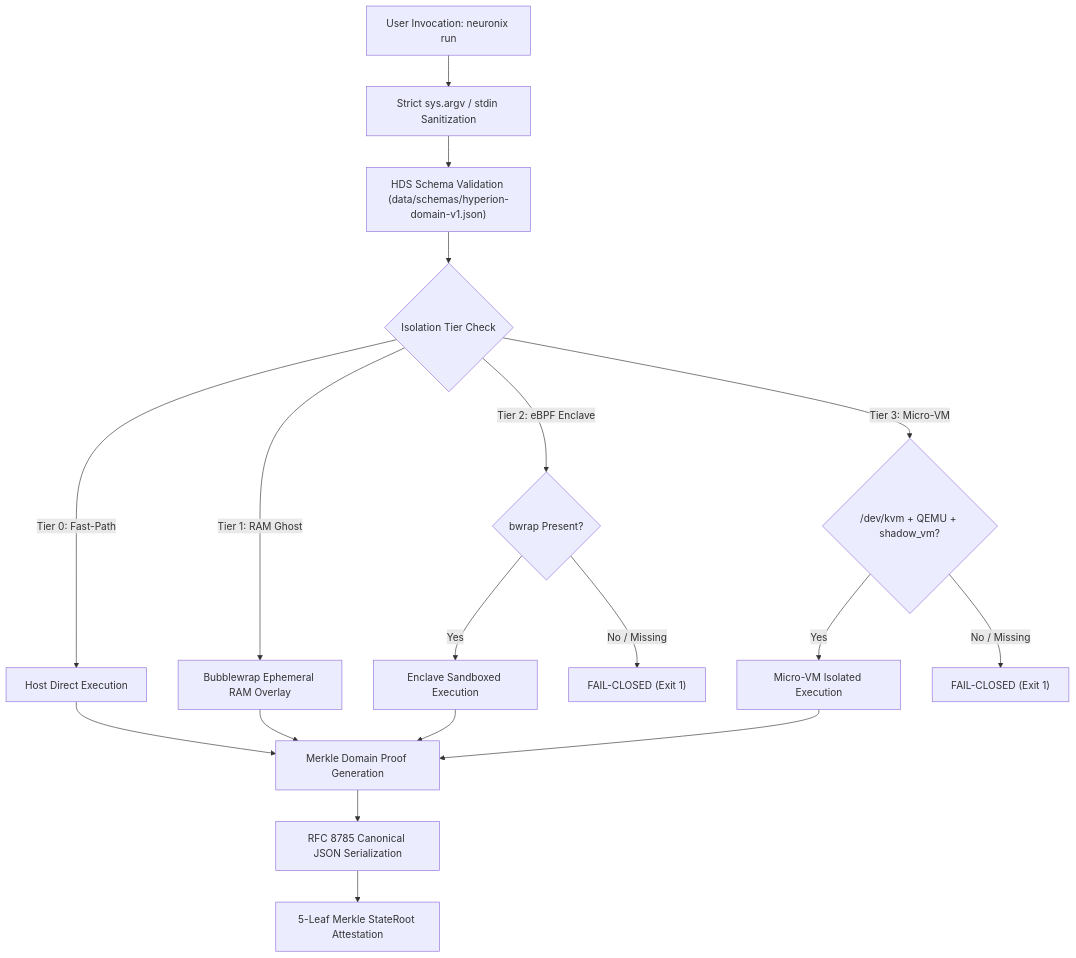
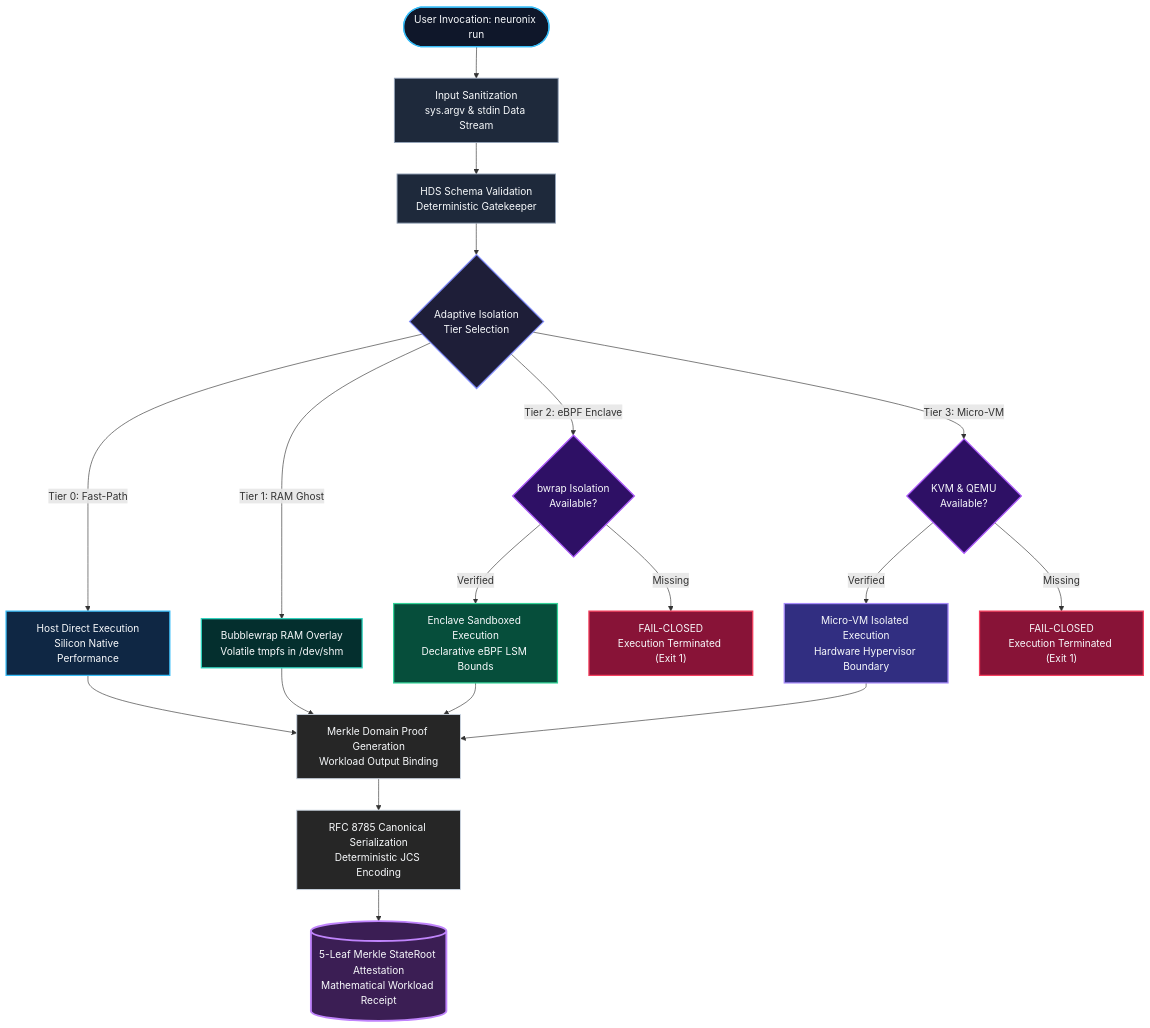
One commit to adamriofc/NeuronixOS changed the fifth of 5 diagrams in README.md. Above: the diagram before and after it, drawn with Mermaid. The commit also changed other lines of this file, not shown here.

First line of the commit message:
style(readme): enhance Mermaid aesthetics, color classes, shapes, and remove brittle counts

````diff
--- a/README.md
+++ b/README.md
@@ -920,25 +952,37 @@
 ```mermaid
 flowchart TD
-    A["User Invocation: neuronix run"] --> B["Strict sys.argv / stdin Sanitization"]
-    B --> C["HDS Schema Validation (data/schemas/hyperion-domain-v1.json)"]
-    C --> D{"Isolation Tier Check"}
-    
-    D -->|"Tier 0: Fast-Path"| E["Host Direct Execution"]
-    D -->|"Tier 1: RAM Ghost"| F["Bubblewrap Ephemeral RAM Overlay"]
-    D -->|"Tier 2: eBPF Enclave"| G{"bwrap Present?"}
-    D -->|"Tier 3: Micro-VM"| H{"/dev/kvm + QEMU + shadow_vm?"}
-    
-    G -->|"Yes"| I["Enclave Sandboxed Execution"]
-    G -->|"No / Missing"| J["FAIL-CLOSED (Exit 1)"]
-    
-    H -->|"Yes"| K["Micro-VM Isolated Execution"]
-    H -->|"No / Missing"| L["FAIL-CLOSED (Exit 1)"]
-    
-    E --> M["Merkle Domain Proof Generation"]
-    F --> M
-    I --> M
-    K --> M
-    
-    M --> N["RFC 8785 Canonical JSON Serialization"]
-    N --> O["5-Leaf Merkle StateRoot Attestation"]
+    INV(["User Invocation: neuronix run"]):::triggerNode --> SANITIZE["Input Sanitization<br>sys.argv & stdin Data Stream"]:::processNode
+    SANITIZE --> VALIDATE["HDS Schema Validation<br>Deterministic Gatekeeper"]:::processNode
+    VALIDATE --> TIER_CHECK{"Adaptive Isolation<br>Tier Selection"}:::decisionNode
+
+    TIER_CHECK -->|"Tier 0: Fast-Path"| TIER0["Host Direct Execution<br>Silicon Native Performance"]:::tier0Node
+    TIER_CHECK -->|"Tier 1: RAM Ghost"| TIER1["Bubblewrap RAM Overlay<br>Volatile tmpfs in /dev/shm"]:::tier1Node
+    TIER_CHECK -->|"Tier 2: eBPF Enclave"| ENCLAVE_GATE{"bwrap Isolation<br>Available?"}:::gateNode
+    TIER_CHECK -->|"Tier 3: Micro-VM"| KVM_GATE{"KVM & QEMU<br>Available?"}:::gateNode
+
+    ENCLAVE_GATE -->|"Verified"| TIER2["Enclave Sandboxed Execution<br>Declarative eBPF LSM Bounds"]:::tier2Node
+    ENCLAVE_GATE -->|"Missing"| FAIL2["FAIL-CLOSED<br>Execution Terminated (Exit 1)"]:::failClosedNode
+
+    KVM_GATE -->|"Verified"| TIER3["Micro-VM Isolated Execution<br>Hardware Hypervisor Boundary"]:::tier3Node
+    KVM_GATE -->|"Missing"| FAIL3["FAIL-CLOSED<br>Execution Terminated (Exit 1)"]:::failClosedNode
+
+    TIER0 --> PROOF["Merkle Domain Proof Generation<br>Workload Output Binding"]:::proofNode
+    TIER1 --> PROOF
+    TIER2 --> PROOF
+    TIER3 --> PROOF
+
+    PROOF --> JCS["RFC 8785 Canonical Serialization<br>Deterministic JCS Encoding"]:::proofNode
+    JCS --> ROOT[("5-Leaf Merkle StateRoot Attestation<br>Mathematical Workload Receipt")]:::stateNode
+
+    classDef triggerNode fill:#0f172a,stroke:#38bdf8,stroke-width:2px,color:#f8fafc;
+    classDef processNode fill:#1e293b,stroke:#94a3b8,stroke-width:1.5px,color:#f8fafc;
+    classDef decisionNode fill:#1e1e38,stroke:#818cf8,stroke-width:2px,color:#f8fafc;
+    classDef gateNode fill:#2e1065,stroke:#a855f7,stroke-width:2px,color:#f8fafc;
+    classDef tier0Node fill:#0f2744,stroke:#38bdf8,stroke-width:2px,color:#f8fafc;
+    classDef tier1Node fill:#042f2e,stroke:#2dd4bf,stroke-width:2px,color:#f8fafc;
+    classDef tier2Node fill:#064e3b,stroke:#34d399,stroke-width:2px,color:#f8fafc;
+    classDef tier3Node fill:#312e81,stroke:#a78bfa,stroke-width:2px,color:#f8fafc;
+    classDef failClosedNode fill:#881337,stroke:#f43f5e,stroke-width:2px,color:#f8fafc;
+    classDef proofNode fill:#262626,stroke:#cbd5e1,stroke-width:1.5px,color:#f8fafc;
+    classDef stateNode fill:#3b1e54,stroke:#c084fc,stroke-width:3px,color:#f8fafc;
 ```
````
